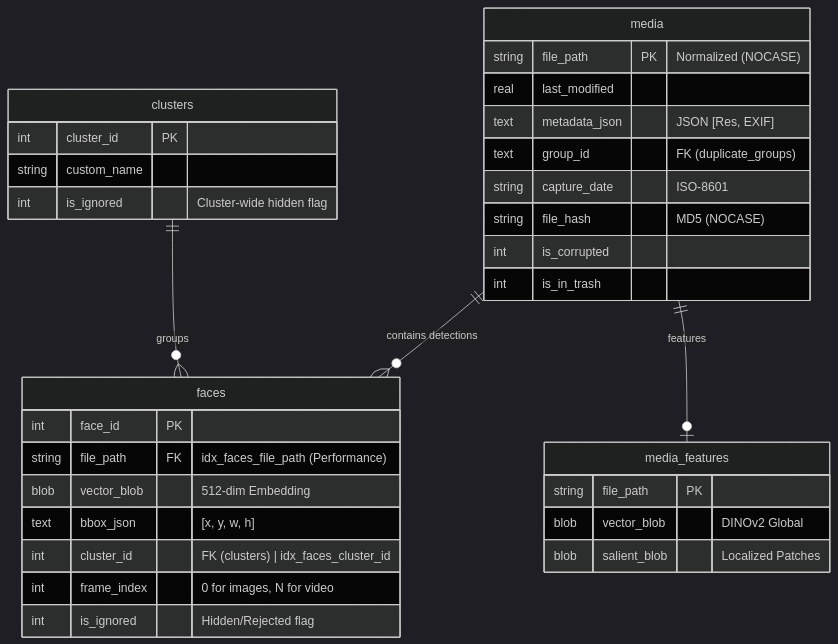
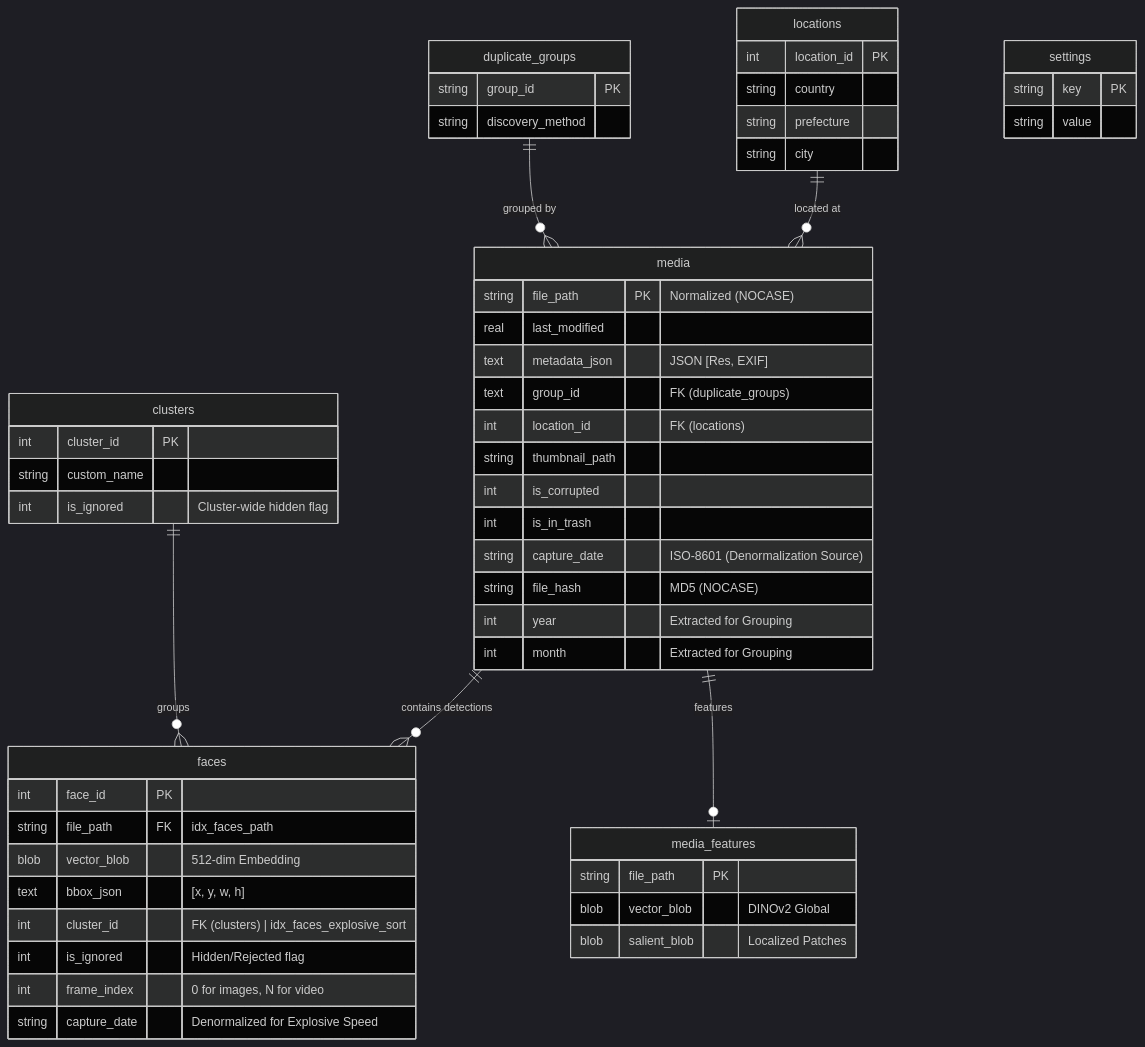
Before and after one commit to osakabe/PhotoArrange: the diagram in docs/design/er_diagram.md, drawn with Mermaid (dark theme). The commit also changed other lines of this file and 118 other files, not shown here.

Commit message:
Architectural refactoring, repository pattern implementation, and performance optimization (v4.5)

````diff
--- a/docs/design/er_diagram.md
+++ b/docs/design/er_diagram.md
@@ -3,38 +3,63 @@
 ```mermaid
 erDiagram
     media ||--o{ faces : "contains detections"
+    locations ||--o{ media : "located at"
+    duplicate_groups ||--o{ media : "grouped by"
+    
     media {
         string file_path PK "Normalized (NOCASE)"
         real last_modified
         text metadata_json "JSON [Res, EXIF]"
         text group_id "FK (duplicate_groups)"
-        string capture_date "ISO-8601"
-        string file_hash "MD5 (NOCASE)"
+        int location_id "FK (locations)"
+        string thumbnail_path
         int is_corrupted
         int is_in_trash
+        string capture_date "ISO-8601 (Denormalization Source)"
+        string file_hash "MD5 (NOCASE)"
+        int year "Extracted for Grouping"
+        int month "Extracted for Grouping"
     }
 
     faces {
         int face_id PK
-        string file_path FK "idx_faces_file_path (Performance)"
+        string file_path FK "idx_faces_path"
         blob vector_blob "512-dim Embedding"
         text bbox_json "[x, y, w, h]"
-        int cluster_id "FK (clusters) | idx_faces_cluster_id"
+        int cluster_id "FK (clusters) | idx_faces_explosive_sort"
+        int is_ignored "Hidden/Rejected flag"
         int frame_index "0 for images, N for video"
-        int is_ignored "Hidden/Rejected flag"
+        string capture_date "Denormalized for Explosive Speed"
     }
 
     clusters ||--o{ faces : "groups"
     clusters {
         int cluster_id PK
         string custom_name
         int is_ignored "Cluster-wide hidden flag"
     }
 
     media ||--o| media_features : "features"
     media_features {
         string file_path PK
         blob vector_blob "DINOv2 Global"
         blob salient_blob "Localized Patches"
     }
+
+    locations {
+        int location_id PK
+        string country
+        string prefecture
+        string city
+    }
+
+    duplicate_groups {
+        string group_id PK
+        string discovery_method
+    }
+
+    settings {
+        string key PK
+        string value
+    }
 ```
````
